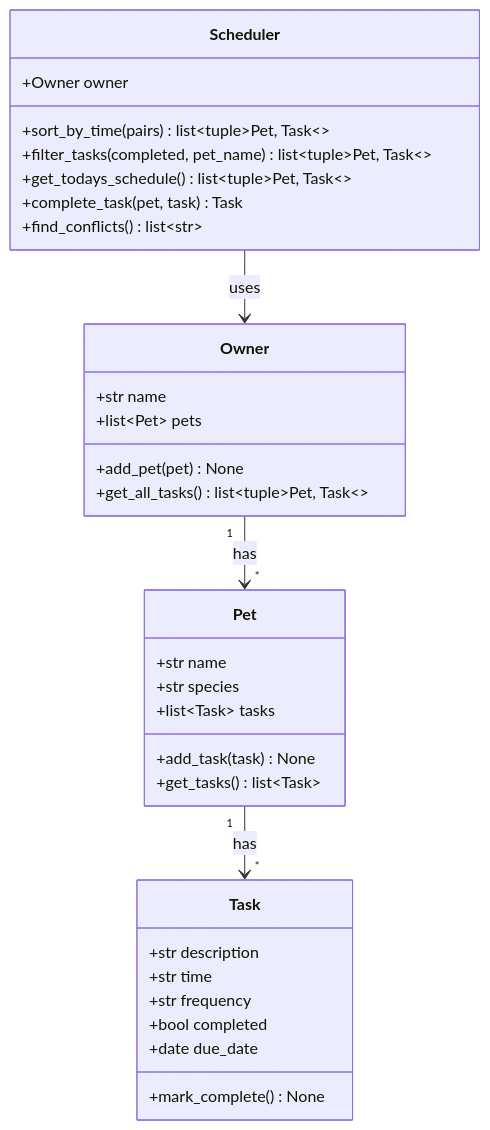
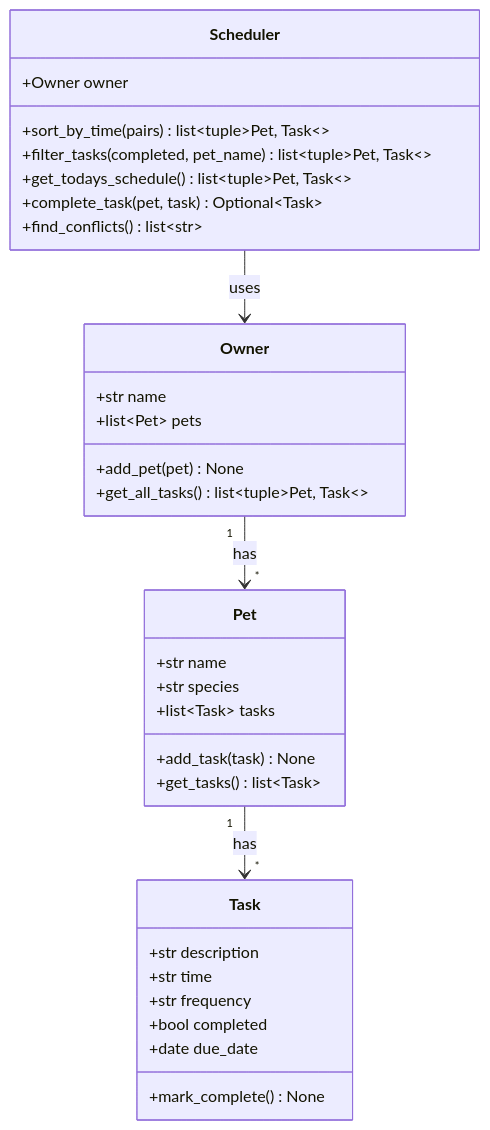
Before and after one commit to ccgcomp/ai110-module2show-pawpal-starter: the diagram in diagrams/uml.mmd, drawn with Mermaid. The commit also changed 1 other file, not shown here.

```diff
--- a/diagrams/uml.mmd
+++ b/diagrams/uml.mmd
@@ -1,37 +1,37 @@
 classDiagram
     class Task {
         +str description
         +str time
         +str frequency
         +bool completed
         +date due_date
         +mark_complete() None
     }
 
     class Pet {
         +str name
         +str species
         +list~Task~ tasks
         +add_task(task) None
         +get_tasks() list~Task~
     }
 
     class Owner {
         +str name
         +list~Pet~ pets
         +add_pet(pet) None
         +get_all_tasks() list~tuple~Pet, Task~~
     }
 
     class Scheduler {
         +Owner owner
         +sort_by_time(pairs) list~tuple~Pet, Task~~
         +filter_tasks(completed, pet_name) list~tuple~Pet, Task~~
         +get_todays_schedule() list~tuple~Pet, Task~~
-        +complete_task(pet, task) Task
+        +complete_task(pet, task) Optional~Task~
         +find_conflicts() list~str~
     }
 
     Owner "1" --> "*" Pet : has
     Pet "1" --> "*" Task : has
     Scheduler --> Owner : uses
```
